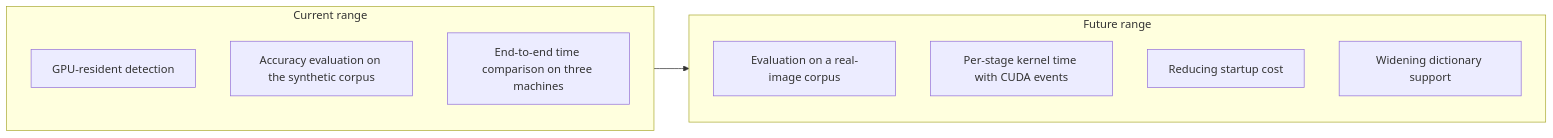
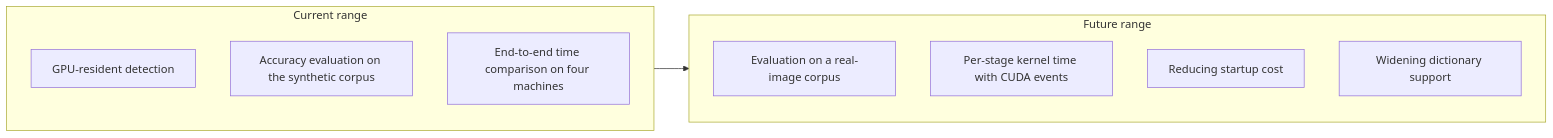
The diagram in docs/roadmap.md (MasakazuTobeta/ArUco3-CUDA), drawn with Mermaid before and after one commit. The commit also changed other lines of this file and 16 other files, not shown here.

````diff
--- a/docs/roadmap.md
+++ b/docs/roadmap.md
@@ -54,15 +54,15 @@
 ```mermaid
 flowchart LR
     subgraph NOW["Current range"]
         A["GPU-resident detection"]
         B["Accuracy evaluation on the synthetic corpus"]
-        C["End-to-end time comparison on three machines"]
+        C["End-to-end time comparison on four machines"]
     end
     subgraph NEXT["Future range"]
         D["Evaluation on a real-image corpus"]
         E["Per-stage kernel time with CUDA events"]
         F["Reducing startup cost"]
         G["Widening dictionary support"]
     end
     NOW --> NEXT
 ```
````
